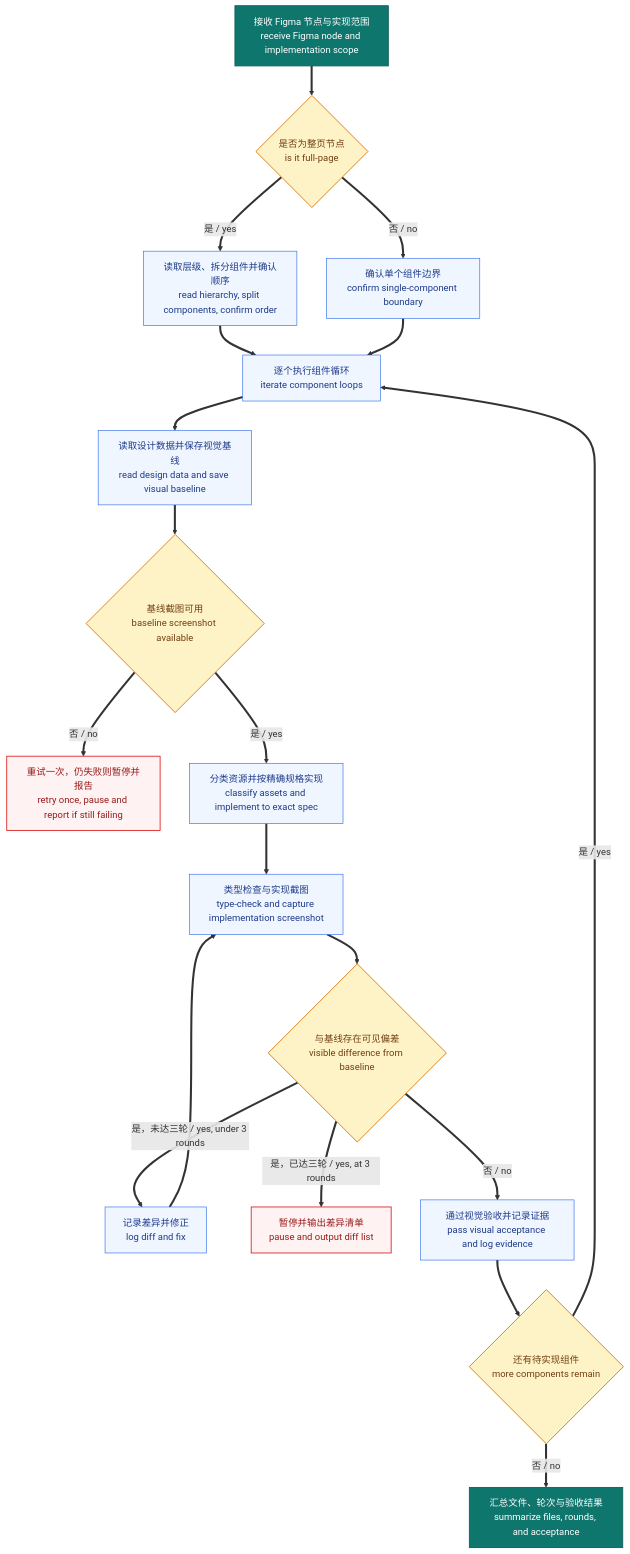
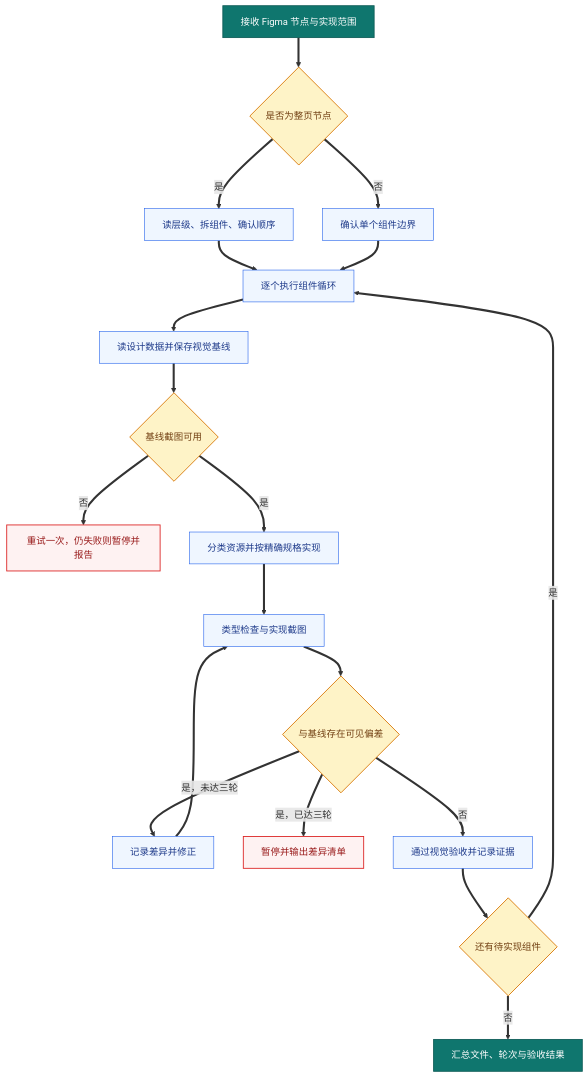
Before and after one commit to EmotionlessHank/amazing-dev-skills: the diagram in figma-impl/SKILL.md, drawn with Mermaid. The commit also changed other lines of this file and 1 other file, not shown here.

First line of the commit message:
feat(figma-impl): close the three holes that let a card ship wrong

````diff
--- a/figma-impl/SKILL.md
+++ b/figma-impl/SKILL.md
@@ -15,33 +35,33 @@
 ```mermaid
 flowchart TD
     accTitle: Figma 实现与视觉验收流程 | Figma implementation and visual acceptance flow
     accDescr: 从节点确认到逐组件视觉验收的受控实现流程 | controlled implementation from node confirmation to per-component visual acceptance
 
-    A[接收 Figma 节点与实现范围\nreceive Figma node and implementation scope] ==> B{是否为整页节点\nis it full-page}
-    B ==> |是 / yes| C[读取层级、拆分组件并确认顺序\nread hierarchy, split components, confirm order]
-    B ==> |否 / no| D[确认单个组件边界\nconfirm single-component boundary]
-    C ==> E[逐个执行组件循环\niterate component loops]
+    A[接收 Figma 节点与实现范围] ==> B{是否为整页节点}
+    B ==> |是| C[读层级、拆组件、确认顺序]
+    B ==> |否| D[确认单个组件边界]
+    C ==> E[逐个执行组件循环]
     D ==> E
-    E ==> F[读取设计数据并保存视觉基线\nread design data and save visual baseline]
-    F ==> G{基线截图可用\nbaseline screenshot available}
-    G ==> |否 / no| H[重试一次，仍失败则暂停并报告\nretry once, pause and report if still failing]
-    G ==> |是 / yes| I[分类资源并按精确规格实现\nclassify assets and implement to exact spec]
-    I ==> J[类型检查与实现截图\ntype-check and capture implementation screenshot]
-    J ==> K{与基线存在可见偏差\nvisible difference from baseline}
-    K ==> |是，未达三轮 / yes, under 3 rounds| L[记录差异并修正\nlog diff and fix]
+    E ==> F[读设计数据并保存视觉基线]
+    F ==> G{基线截图可用}
+    G ==> |否| H[重试一次，仍失败则暂停并报告]
+    G ==> |是| I[分类资源并按精确规格实现]
+    I ==> J[类型检查与实现截图]
+    J ==> K{与基线存在可见偏差}
+    K ==> |是，未达三轮| L[记录差异并修正]
     L ==> J
-    K ==> |是，已达三轮 / yes, at 3 rounds| M[暂停并输出差异清单\npause and output diff list]
-    K ==> |否 / no| N[通过视觉验收并记录证据\npass visual acceptance and log evidence]
-    N ==> O{还有待实现组件\nmore components remain}
-    O ==> |是 / yes| E
-    O ==> |否 / no| P[汇总文件、轮次与验收结果\nsummarize files, rounds, and acceptance]
+    K ==> |是，已达三轮| M[暂停并输出差异清单]
+    K ==> |否| N[通过视觉验收并记录证据]
+    N ==> O{还有待实现组件}
+    O ==> |是| E
+    O ==> |否| P[汇总文件、轮次与验收结果]
 
     classDef startEnd fill:#0f766e,color:#ffffff,stroke:#115e59,stroke-width:1.5px
     classDef gate fill:#fef3c7,color:#713f12,stroke:#d97706,stroke-width:1.5px
     classDef work fill:#eff6ff,color:#1e3a8a,stroke:#2563eb
     classDef risk fill:#fef2f2,color:#991b1b,stroke:#dc2626,stroke-width:1.5px
     class A,P startEnd
     class B,G,K,O gate
     class C,D,E,F,I,J,L,N work
     class H,M risk
 ```
````
